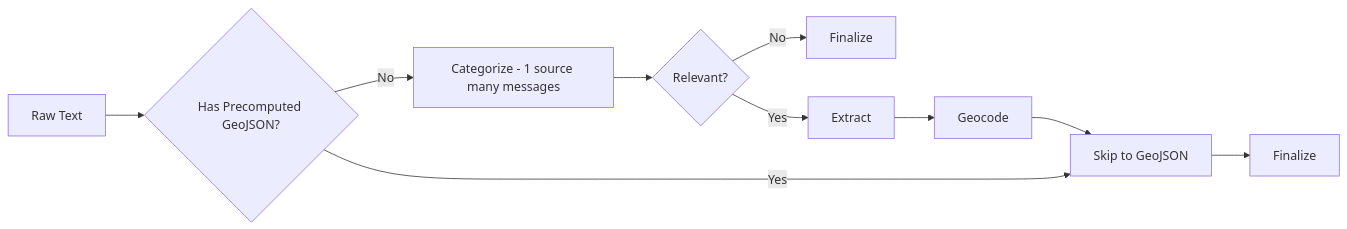
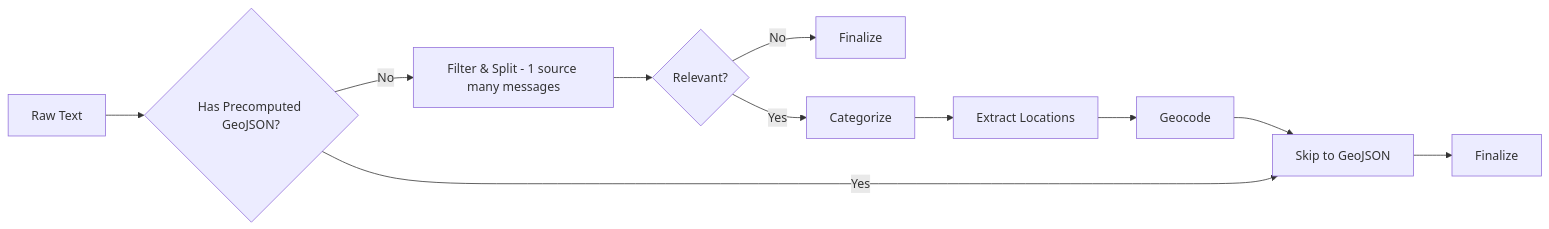
Before and after one commit to vbuch/oboapp: the diagram in AGENTS.md, drawn with Mermaid. The commit also changed other lines of this file and 53 other files, not shown here.

````diff
--- a/AGENTS.md
+++ b/AGENTS.md
@@ -185,12 +186,13 @@
 ```mermaid
 flowchart LR
     A[Raw Text] --> B{Has Precomputed GeoJSON?}
-    B -->|No| C[Categorize - 1 source many messages]
+    B -->|No| C[Filter & Split - 1 source many messages]
     B -->|Yes| H[Skip to GeoJSON]
     C --> D{Relevant?}
     D -->|No| E[Finalize]
-    D -->|Yes| F[Extract]
-    F --> G[Geocode]
-    G --> H
+    D -->|Yes| F[Categorize]
+    F --> G[Extract Locations]
+    G --> J[Geocode]
+    J --> H
     H --> I[Finalize]
 ```
````
